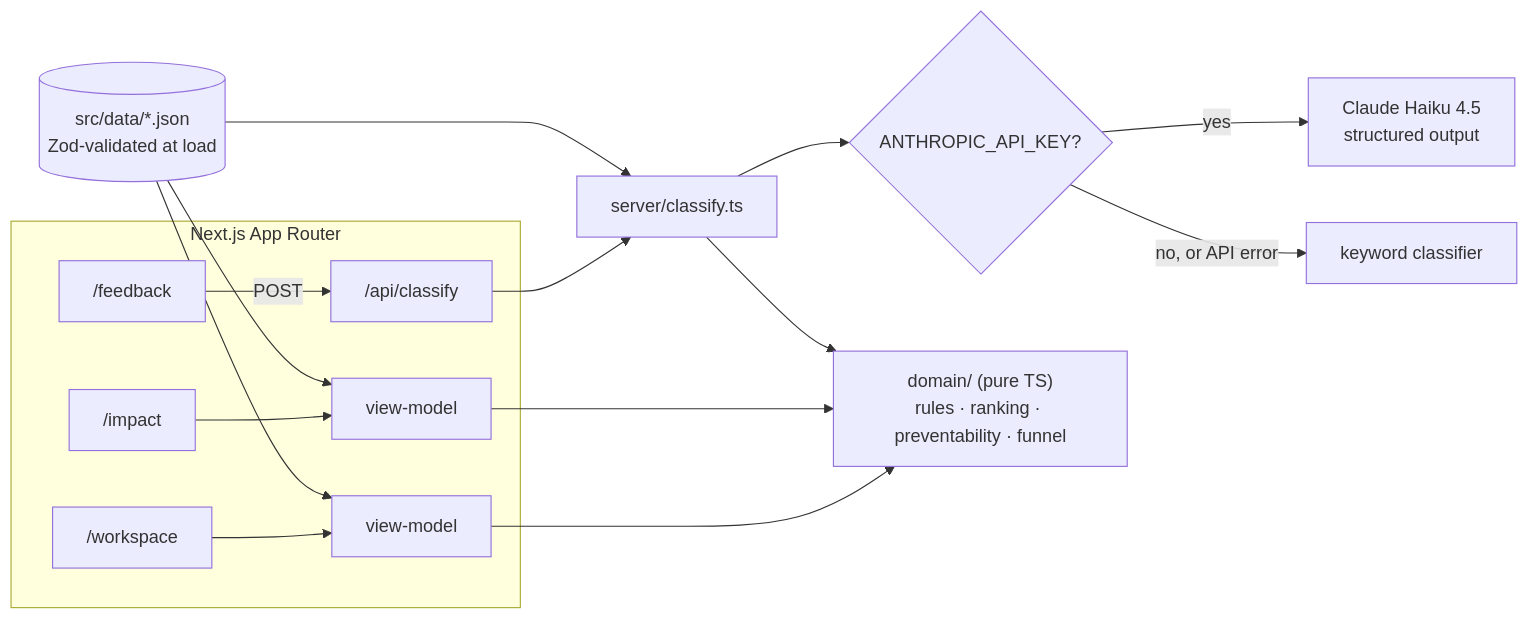
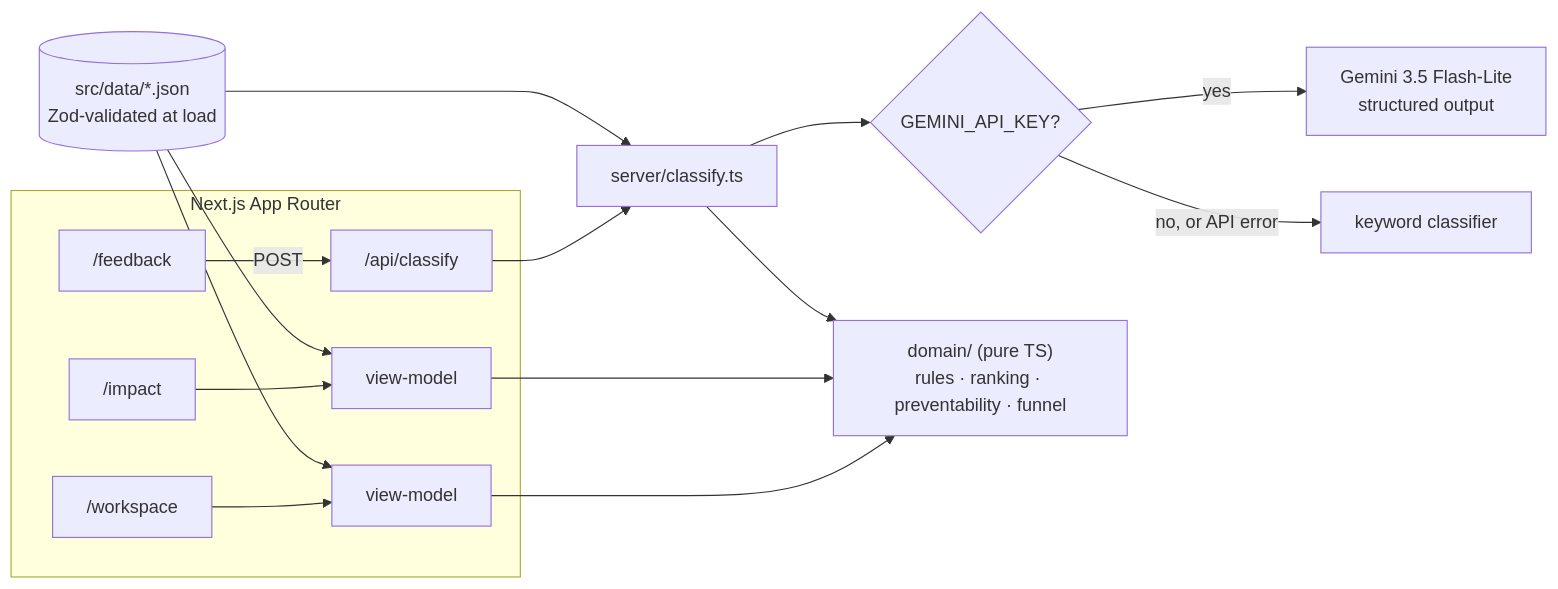
The diagram in README.md (rushabhT3/preference-guard), drawn with Mermaid before and after one commit. The commit also changed other lines of this file and 14 other files, not shown here.

First line of the commit message:
feat(classifier): switch the LLM classifier from Claude to Gemini

````diff
--- a/README.md
+++ b/README.md
@@ -63,18 +63,18 @@
 ```mermaid
 flowchart LR
   subgraph App["Next.js App Router"]
     W["/workspace"] --> WV["view-model"]
     I["/impact"] --> IV["view-model"]
     F["/feedback"] -->|POST| API["/api/classify"]
   end
   API --> H["server/classify.ts"]
-  H --> C{"ANTHROPIC_API_KEY?"}
-  C -->|"yes"| Claude["Claude Haiku 4.5<br/>structured output"]
+  H --> C{"GEMINI_API_KEY?"}
+  C -->|"yes"| Gemini["Gemini 3.5 Flash-Lite<br/>structured output"]
   C -->|"no, or API error"| K["keyword classifier"]
   WV --> D["domain/ (pure TS)<br/>rules · ranking · preventability · funnel"]
   IV --> D
   H --> D
   Data[("src/data/*.json<br/>Zod-validated at load")] --> WV
   Data --> IV
   Data --> H
 ```
````
